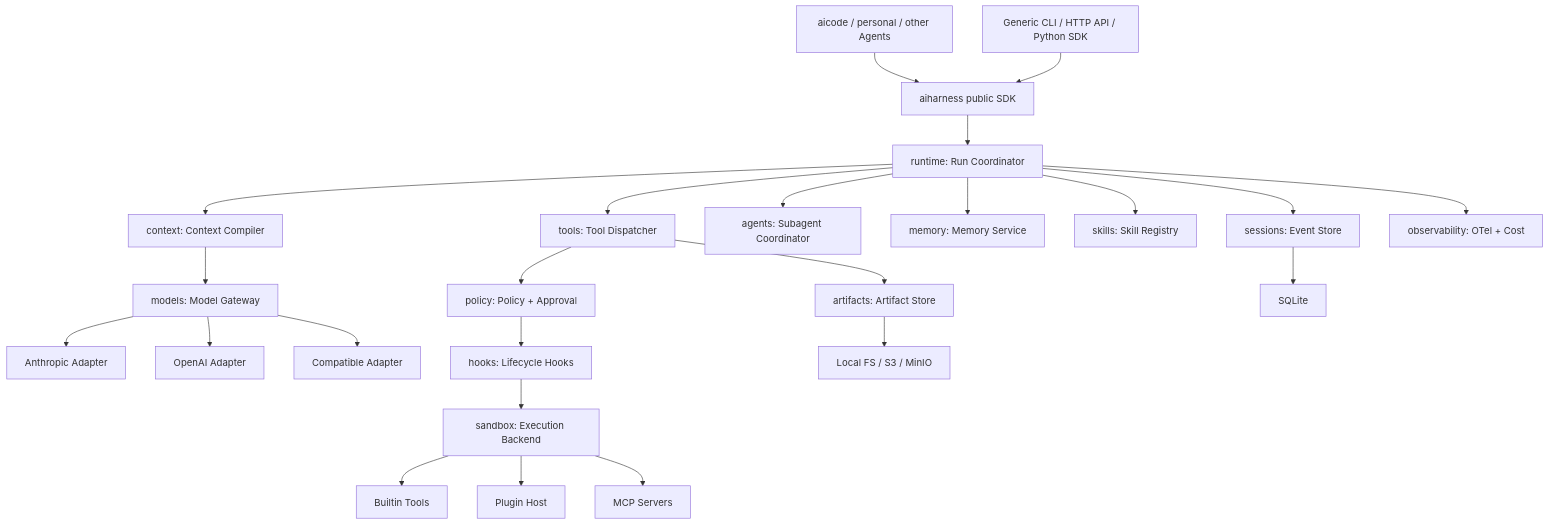
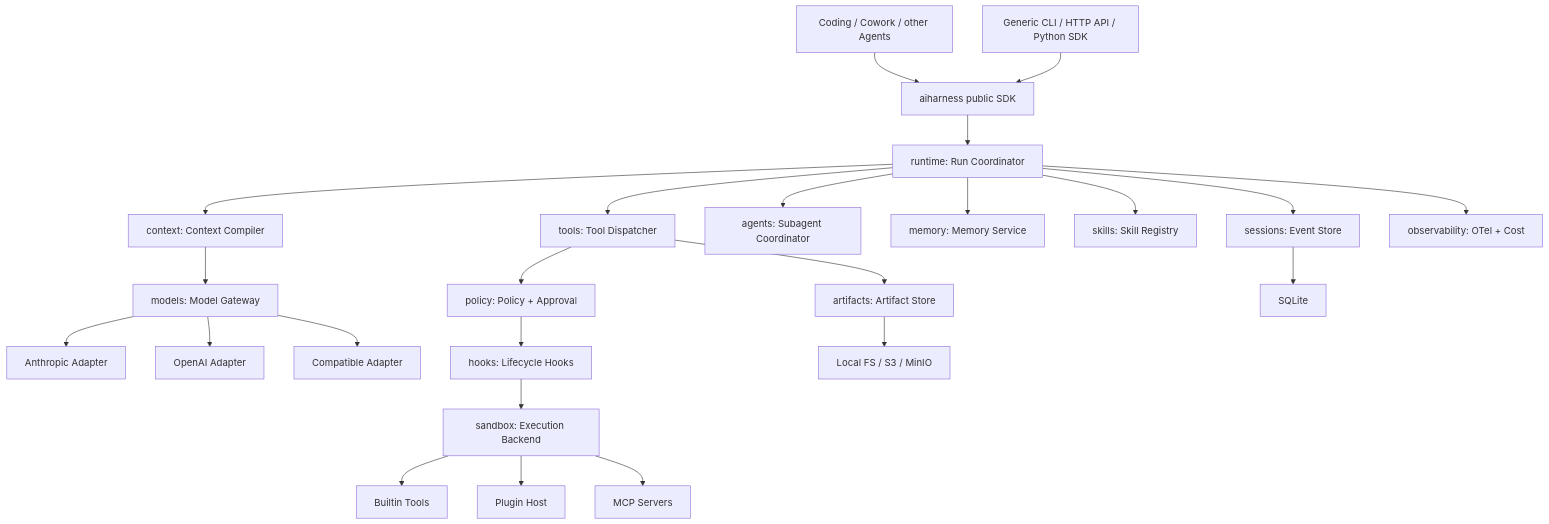
The diagram in docs/ARCHITECTURE.md (FineJade77/aihi), drawn with Mermaid before and after one commit. The commit also changed other lines of this file and 50 other files, not shown here.

````diff
--- a/docs/ARCHITECTURE.md
+++ b/docs/ARCHITECTURE.md
@@ -45,29 +46,29 @@
 ```mermaid
 flowchart TB
-    A1["aicode / personal / other Agents"] --> H["aiharness public SDK"]
+    A1["Coding / Cowork / other Agents"] --> H["aiharness public SDK"]
     U["Generic CLI / HTTP API / Python SDK"] --> H
     H --> R["runtime: Run Coordinator"]
     R --> C["context: Context Compiler"]
     C --> M["models: Model Gateway"]
     M --> P1["Anthropic Adapter"]
     M --> P2["OpenAI Adapter"]
     M --> P3["Compatible Adapter"]
 
     R --> D["tools: Tool Dispatcher"]
     D --> POL["policy: Policy + Approval"]
     POL --> HOOKS["hooks: Lifecycle Hooks"]
     HOOKS --> S["sandbox: Execution Backend"]
     S --> B["Builtin Tools"]
     S --> PH["Plugin Host"]
     S --> MCP["MCP Servers"]
 
     R --> A["agents: Subagent Coordinator"]
     R --> MEM["memory: Memory Service"]
     R --> SK["skills: Skill Registry"]
 
     R --> SES["sessions: Event Store"]
     D --> ART["artifacts: Artifact Store"]
     R --> OBS["observability: OTel + Cost"]
     SES --> DB["SQLite"]
     ART --> OBJ["Local FS / S3 / MinIO"]
 ```
````
